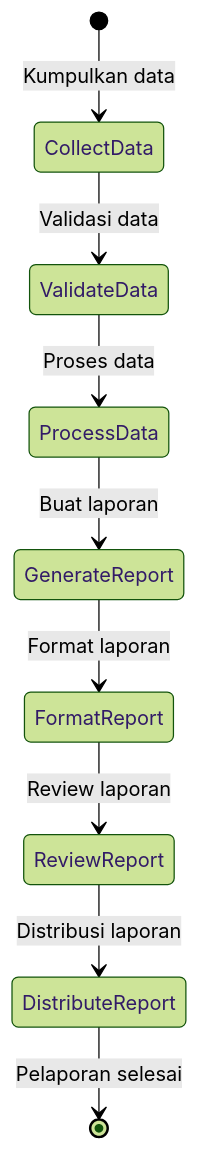
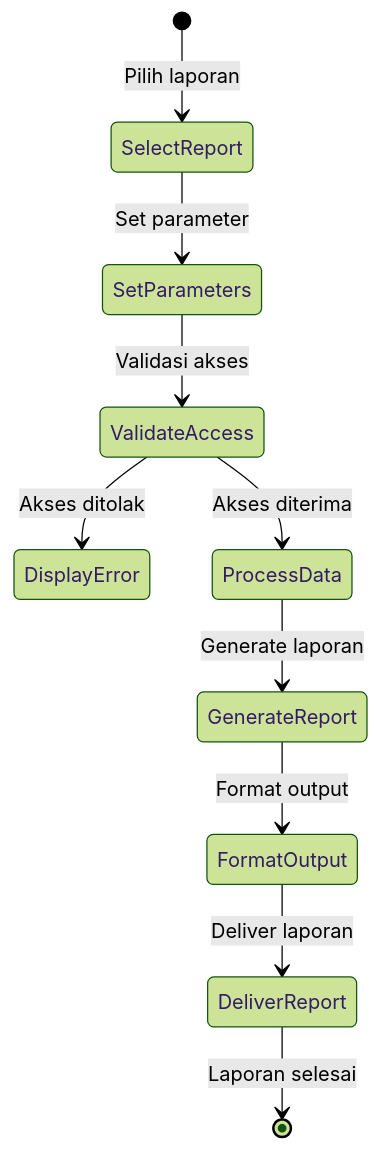
One commit to mrfansi/DearPOS changed diagram 14 of 15 in documents/activity-diagrams.md. Above: the diagram before and after it, drawn with Mermaid (forest theme). The commit also changed other lines of this file and 3 other files, not shown here.

````diff
--- a/documents/activity-diagrams.md
+++ b/documents/activity-diagrams.md
@@ -250,11 +227,12 @@
 ```mermaid
 stateDiagram-v2
-    [*] --> CollectData: Kumpulkan data
-    CollectData --> ValidateData: Validasi data
-    ValidateData --> ProcessData: Proses data
-    ProcessData --> GenerateReport: Buat laporan
-    GenerateReport --> FormatReport: Format laporan
-    FormatReport --> ReviewReport: Review laporan
-    ReviewReport --> DistributeReport: Distribusi laporan
-    DistributeReport --> [*]: Pelaporan selesai
+    [*] --> SelectReport: Pilih laporan
+    SelectReport --> SetParameters: Set parameter
+    SetParameters --> ValidateAccess: Validasi akses
+    ValidateAccess --> DisplayError: Akses ditolak
+    ValidateAccess --> ProcessData: Akses diterima
+    ProcessData --> GenerateReport: Generate laporan
+    GenerateReport --> FormatOutput: Format output
+    FormatOutput --> DeliverReport: Deliver laporan
+    DeliverReport --> [*]: Laporan selesai
 ```
````
